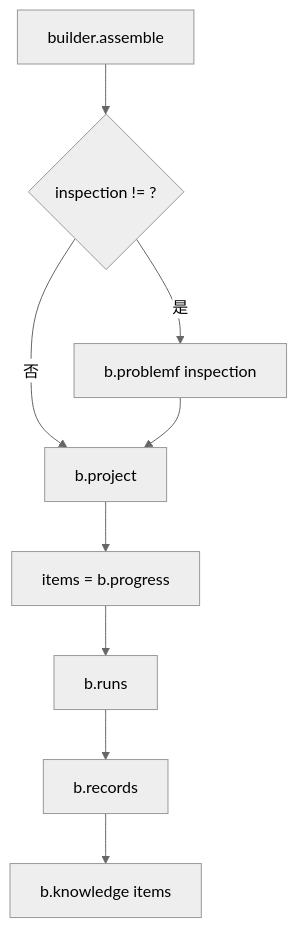
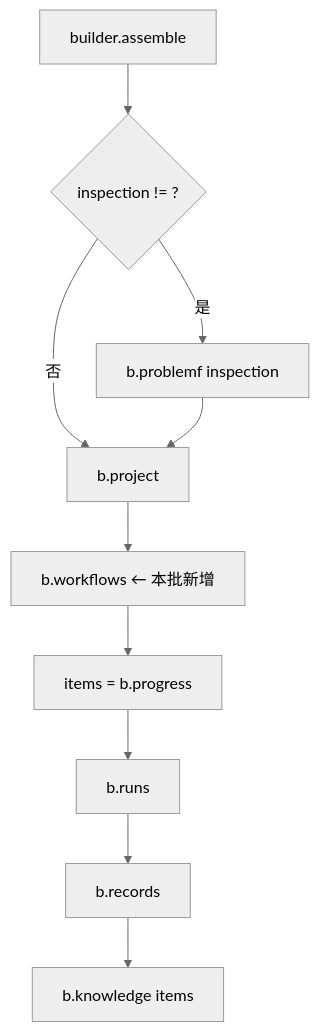
The second of 5 diagrams in docs/repowiki/knowledge/视图层/架构设计.md (JAYY513/Workloom), drawn with Mermaid (neutral theme) before and after one commit. The commit also changed other lines of this file and 49 other files, not shown here.

````diff
--- a/docs/repowiki/knowledge/视图层/架构设计.md
+++ b/docs/repowiki/knowledge/视图层/架构设计.md
@@ -118,11 +141,12 @@
 ```mermaid
 flowchart TD
     A[builder.assemble] --> B{inspection != ""?}
     B -- 是 --> B1[b.problemf inspection]
     B -- 否 --> C
     B1 --> C[b.project]
-    C --> D[items = b.progress]
+    C --> C1[b.workflows ← 本批新增]
+    C1 --> D[items = b.progress]
     D --> E[b.runs]
     E --> F[b.records]
     F --> G[b.knowledge items]
 ```
````
